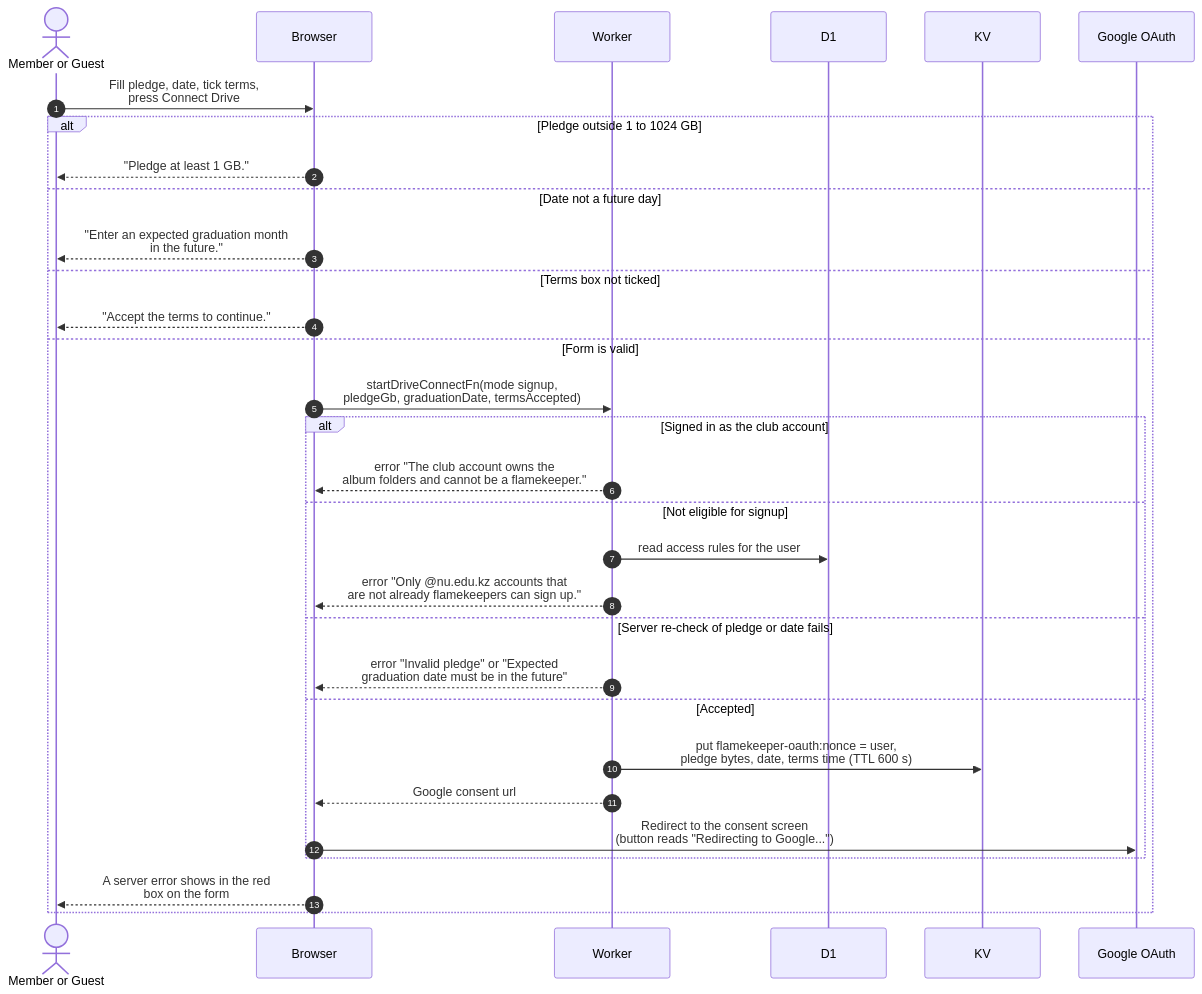
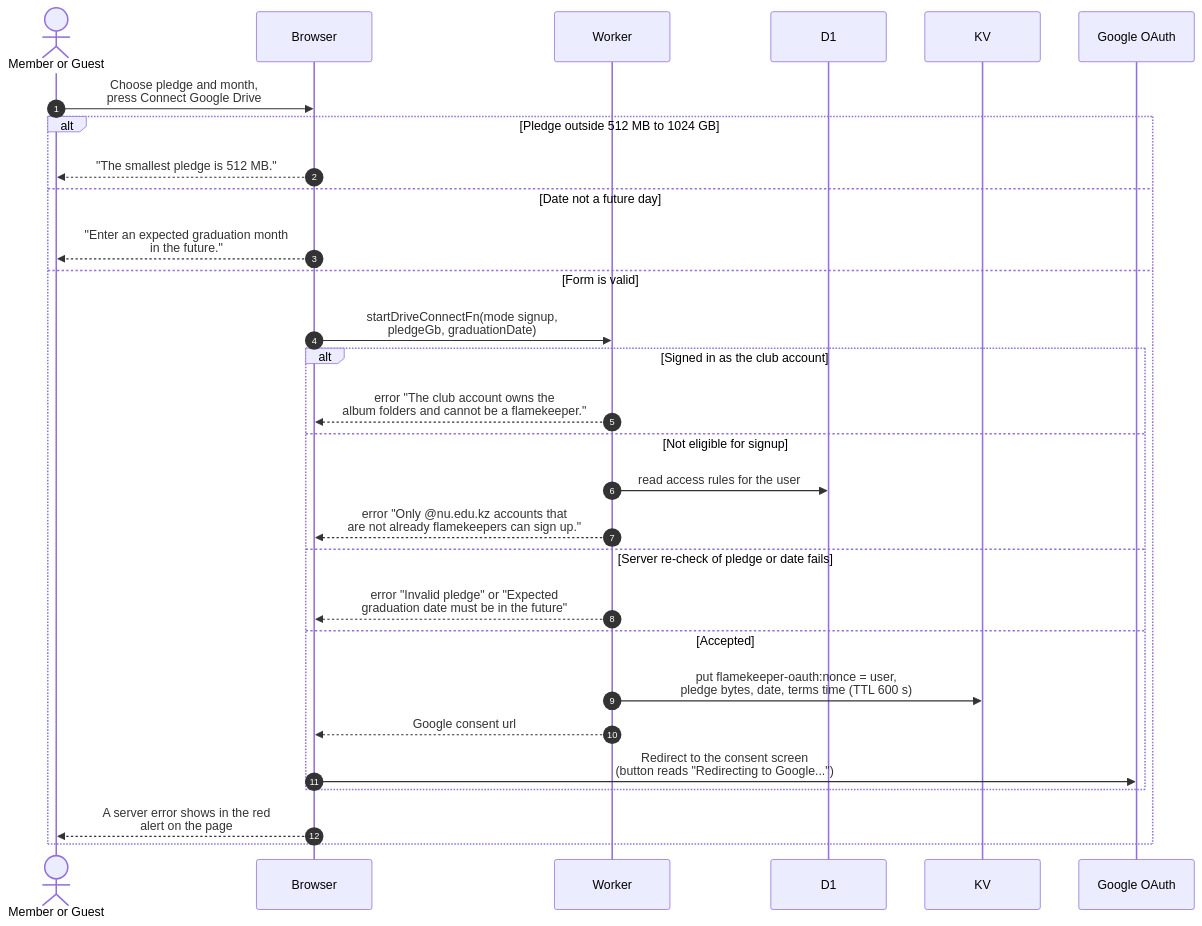
One commit to sagyzdop/meriksirat changed the diagram in docs/scenarios/flamekeepers/connect-drive.md. Above: the diagram before and after it, drawn with Mermaid. The commit also changed other lines of this file and 40 other files, not shown here.

````diff
--- a/docs/scenarios/flamekeepers/connect-drive.md
+++ b/docs/scenarios/flamekeepers/connect-drive.md
@@ -21,33 +26,31 @@
 ```mermaid
 sequenceDiagram
     autonumber
     actor P as Member or Guest
     participant Browser
     participant Worker
     participant D1
     participant KV
     participant GO as Google OAuth
-    P->>Browser: Fill pledge, date, tick terms,<br/>press Connect Drive
-    alt Pledge outside 1 to 1024 GB
-        Browser-->>P: "Pledge at least 1 GB."
+    P->>Browser: Choose pledge and month,<br/>press Connect Google Drive
+    alt Pledge outside 512 MB to 1024 GB
+        Browser-->>P: "The smallest pledge is 512 MB."
     else Date not a future day
         Browser-->>P: "Enter an expected graduation month<br/>in the future."
-    else Terms box not ticked
-        Browser-->>P: "Accept the terms to continue."
     else Form is valid
-        Browser->>Worker: startDriveConnectFn(mode signup,<br/>pledgeGb, graduationDate, termsAccepted)
+        Browser->>Worker: startDriveConnectFn(mode signup,<br/>pledgeGb, graduationDate)
         alt Signed in as the club account
             Worker-->>Browser: error "The club account owns the<br/>album folders and cannot be a flamekeeper."
         else Not eligible for signup
             Worker->>D1: read access rules for the user
             Worker-->>Browser: error "Only @nu.edu.kz accounts that<br/>are not already flamekeepers can sign up."
         else Server re-check of pledge or date fails
             Worker-->>Browser: error "Invalid pledge" or "Expected<br/>graduation date must be in the future"
         else Accepted
             Worker->>KV: put flamekeeper-oauth:nonce = user,<br/>pledge bytes, date, terms time (TTL 600 s)
             Worker-->>Browser: Google consent url
             Browser->>GO: Redirect to the consent screen<br/>(button reads "Redirecting to Google...")
         end
-        Browser-->>P: A server error shows in the red<br/>box on the form
+        Browser-->>P: A server error shows in the red<br/>alert on the page
     end
 ```
````
